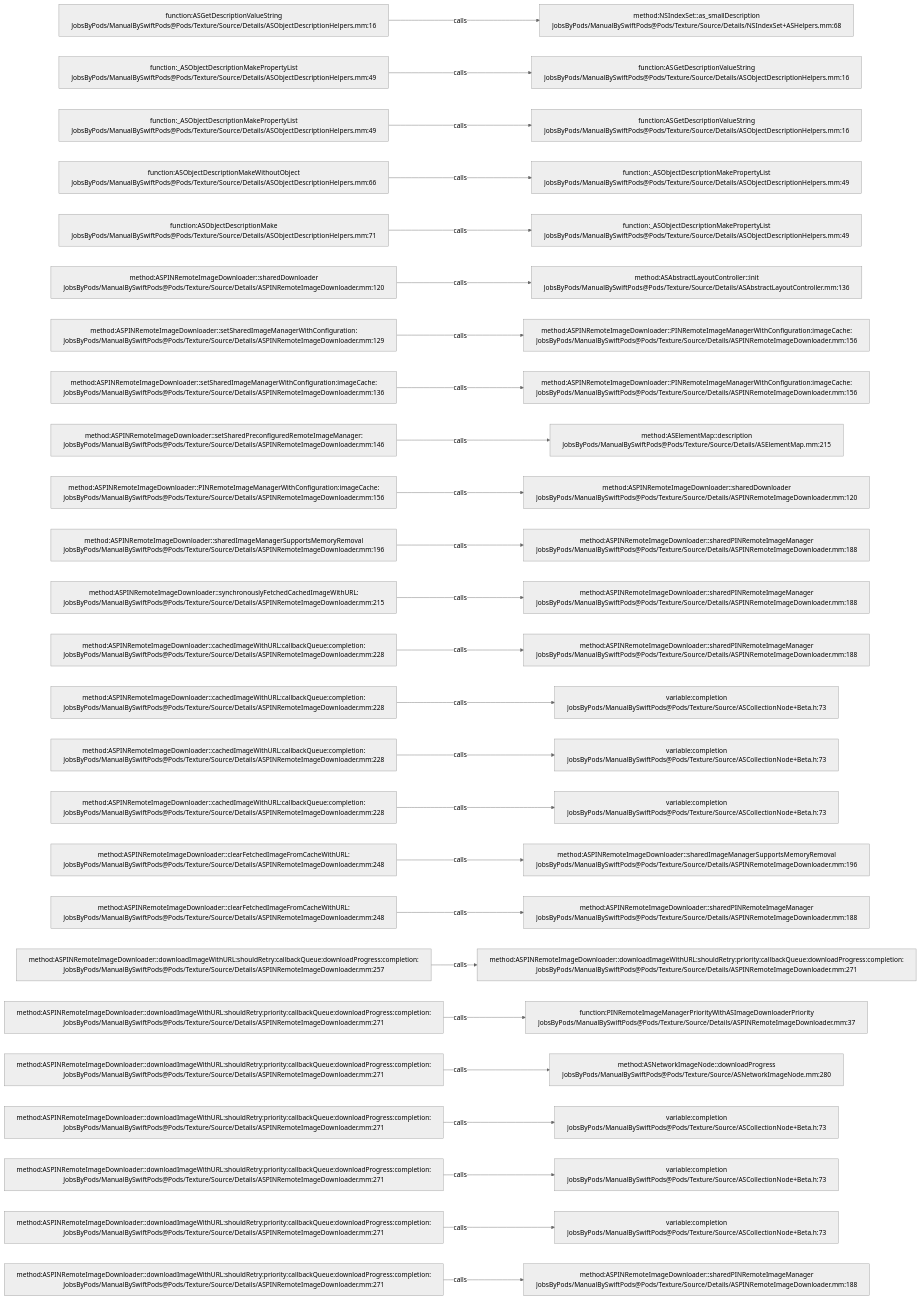
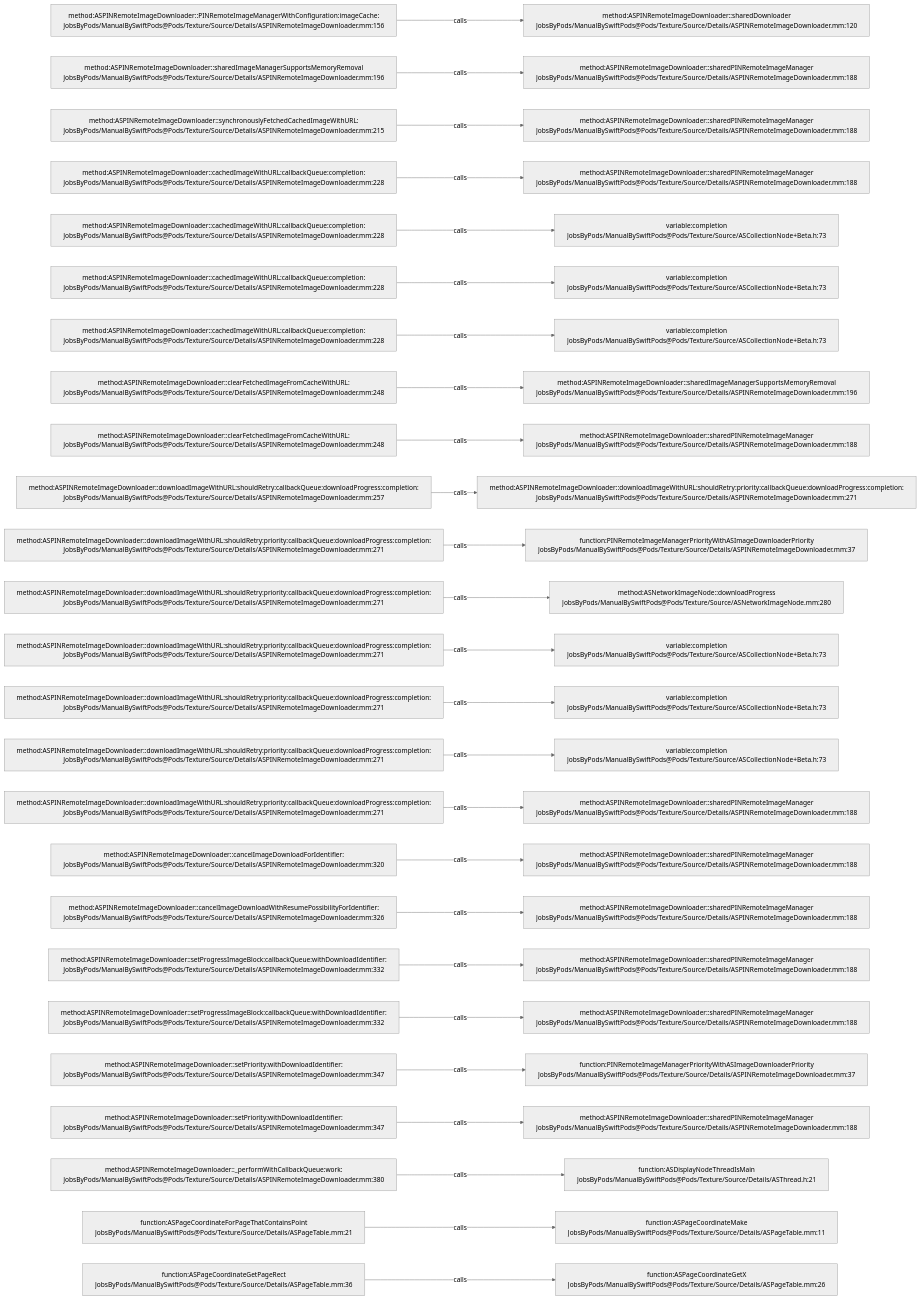
The diagram in .codegraph/codegraph.md/graphs/calls-092.md (JobsKits/JobsSwiftBaseConfigDemo), drawn with Mermaid (neutral theme) before and after one commit. The commit also changed 707 other files, not shown here.

````diff
--- a/.codegraph/codegraph.md/graphs/calls-092.md
+++ b/.codegraph/codegraph.md/graphs/calls-092.md
@@ -13,78 +13,78 @@
 ```mermaid
 flowchart LR
-  S1["function:ASGetDescriptionValueString<br/>JobsByPods/ManualBySwiftPods@Pods/Texture/Source/Details/ASObjectDescriptionHelpers.mm:16"]
-  T1["method:NSIndexSet::as_smallDescription<br/>JobsByPods/ManualBySwiftPods@Pods/Texture/Source/Details/NSIndexSet+ASHelpers.mm:68"]
+  S1["method:ASPINRemoteImageDownloader::PINRemoteImageManagerWithConfiguration:imageCache:<br/>JobsByPods/ManualBySwiftPods@Pods/Texture/Source/Details/ASPINRemoteImageDownloader.mm:156"]
+  T1["method:ASPINRemoteImageDownloader::sharedDownloader<br/>JobsByPods/ManualBySwiftPods@Pods/Texture/Source/Details/ASPINRemoteImageDownloader.mm:120"]
   S1 -->|calls| T1
-  S2["function:_ASObjectDescriptionMakePropertyList<br/>JobsByPods/ManualBySwiftPods@Pods/Texture/Source/Details/ASObjectDescriptionHelpers.mm:49"]
-  T2["function:ASGetDescriptionValueString<br/>JobsByPods/ManualBySwiftPods@Pods/Texture/Source/Details/ASObjectDescriptionHelpers.mm:16"]
+  S2["method:ASPINRemoteImageDownloader::sharedImageManagerSupportsMemoryRemoval<br/>JobsByPods/ManualBySwiftPods@Pods/Texture/Source/Details/ASPINRemoteImageDownloader.mm:196"]
+  T2["method:ASPINRemoteImageDownloader::sharedPINRemoteImageManager<br/>JobsByPods/ManualBySwiftPods@Pods/Texture/Source/Details/ASPINRemoteImageDownloader.mm:188"]
   S2 -->|calls| T2
-  S3["function:_ASObjectDescriptionMakePropertyList<br/>JobsByPods/ManualBySwiftPods@Pods/Texture/Source/Details/ASObjectDescriptionHelpers.mm:49"]
-  T3["function:ASGetDescriptionValueString<br/>JobsByPods/ManualBySwiftPods@Pods/Texture/Source/Details/ASObjectDescriptionHelpers.mm:16"]
+  S3["method:ASPINRemoteImageDownloader::synchronouslyFetchedCachedImageWithURL:<br/>JobsByPods/ManualBySwiftPods@Pods/Texture/Source/Details/ASPINRemoteImageDownloader.mm:215"]
+  T3["method:ASPINRemoteImageDownloader::sharedPINRemoteImageManager<br/>JobsByPods/ManualBySwiftPods@Pods/Texture/Source/Details/ASPINRemoteImageDownloader.mm:188"]
   S3 -->|calls| T3
-  S4["function:ASObjectDescriptionMakeWithoutObject<br/>JobsByPods/ManualBySwiftPods@Pods/Texture/Source/Details/ASObjectDescriptionHelpers.mm:66"]
-  T4["function:_ASObjectDescriptionMakePropertyList<br/>JobsByPods/ManualBySwiftPods@Pods/Texture/Source/Details/ASObjectDescriptionHelpers.mm:49"]
+  S4["method:ASPINRemoteImageDownloader::cachedImageWithURL:callbackQueue:completion:<br/>JobsByPods/ManualBySwiftPods@Pods/Texture/Source/Details/ASPINRemoteImageDownloader.mm:228"]
+  T4["method:ASPINRemoteImageDownloader::sharedPINRemoteImageManager<br/>JobsByPods/ManualBySwiftPods@Pods/Texture/Source/Details/ASPINRemoteImageDownloader.mm:188"]
   S4 -->|calls| T4
-  S5["function:ASObjectDescriptionMake<br/>JobsByPods/ManualBySwiftPods@Pods/Texture/Source/Details/ASObjectDescriptionHelpers.mm:71"]
-  T5["function:_ASObjectDescriptionMakePropertyList<br/>JobsByPods/ManualBySwiftPods@Pods/Texture/Source/Details/ASObjectDescriptionHelpers.mm:49"]
+  S5["method:ASPINRemoteImageDownloader::cachedImageWithURL:callbackQueue:completion:<br/>JobsByPods/ManualBySwiftPods@Pods/Texture/Source/Details/ASPINRemoteImageDownloader.mm:228"]
+  T5["variable:completion<br/>JobsByPods/ManualBySwiftPods@Pods/Texture/Source/ASCollectionNode+Beta.h:73"]
   S5 -->|calls| T5
-  S6["method:ASPINRemoteImageDownloader::sharedDownloader<br/>JobsByPods/ManualBySwiftPods@Pods/Texture/Source/Details/ASPINRemoteImageDownloader.mm:120"]
-  T6["method:ASAbstractLayoutController::init<br/>JobsByPods/ManualBySwiftPods@Pods/Texture/Source/Details/ASAbstractLayoutController.mm:136"]
+  S6["method:ASPINRemoteImageDownloader::cachedImageWithURL:callbackQueue:completion:<br/>JobsByPods/ManualBySwiftPods@Pods/Texture/Source/Details/ASPINRemoteImageDownloader.mm:228"]
+  T6["variable:completion<br/>JobsByPods/ManualBySwiftPods@Pods/Texture/Source/ASCollectionNode+Beta.h:73"]
   S6 -->|calls| T6
-  S7["method:ASPINRemoteImageDownloader::setSharedImageManagerWithConfiguration:<br/>JobsByPods/ManualBySwiftPods@Pods/Texture/Source/Details/ASPINRemoteImageDownloader.mm:129"]
-  T7["method:ASPINRemoteImageDownloader::PINRemoteImageManagerWithConfiguration:imageCache:<br/>JobsByPods/ManualBySwiftPods@Pods/Texture/Source/Details/ASPINRemoteImageDownloader.mm:156"]
+  S7["method:ASPINRemoteImageDownloader::cachedImageWithURL:callbackQueue:completion:<br/>JobsByPods/ManualBySwiftPods@Pods/Texture/Source/Details/ASPINRemoteImageDownloader.mm:228"]
+  T7["variable:completion<br/>JobsByPods/ManualBySwiftPods@Pods/Texture/Source/ASCollectionNode+Beta.h:73"]
   S7 -->|calls| T7
-  S8["method:ASPINRemoteImageDownloader::setSharedImageManagerWithConfiguration:imageCache:<br/>JobsByPods/ManualBySwiftPods@Pods/Texture/Source/Details/ASPINRemoteImageDownloader.mm:136"]
-  T8["method:ASPINRemoteImageDownloader::PINRemoteImageManagerWithConfiguration:imageCache:<br/>JobsByPods/ManualBySwiftPods@Pods/Texture/Source/Details/ASPINRemoteImageDownloader.mm:156"]
+  S8["method:ASPINRemoteImageDownloader::clearFetchedImageFromCacheWithURL:<br/>JobsByPods/ManualBySwiftPods@Pods/Texture/Source/Details/ASPINRemoteImageDownloader.mm:248"]
+  T8["method:ASPINRemoteImageDownloader::sharedImageManagerSupportsMemoryRemoval<br/>JobsByPods/ManualBySwiftPods@Pods/Texture/Source/Details/ASPINRemoteImageDownloader.mm:196"]
   S8 -->|calls| T8
-  S9["method:ASPINRemoteImageDownloader::setSharedPreconfiguredRemoteImageManager:<br/>JobsByPods/ManualBySwiftPods@Pods/Texture/Source/Details/ASPINRemoteImageDownloader.mm:146"]
-  T9["method:ASElementMap::description<br/>JobsByPods/ManualBySwiftPods@Pods/Texture/Source/Details/ASElementMap.mm:215"]
+  S9["method:ASPINRemoteImageDownloader::clearFetchedImageFromCacheWithURL:<br/>JobsByPods/ManualBySwiftPods@Pods/Texture/Source/Details/ASPINRemoteImageDownloader.mm:248"]
+  T9["method:ASPINRemoteImageDownloader::sharedPINRemoteImageManager<br/>JobsByPods/ManualBySwiftPods@Pods/Texture/Source/Details/ASPINRemoteImageDownloader.mm:188"]
   S9 -->|calls| T9
-  S10["method:ASPINRemoteImageDownloader::PINRemoteImageManagerWithConfiguration:imageCache:<br/>JobsByPods/ManualBySwiftPods@Pods/Texture/Source/Details/ASPINRemoteImageDownloader.mm:156"]
-  T10["method:ASPINRemoteImageDownloader::sharedDownloader<br/>JobsByPods/ManualBySwiftPods@Pods/Texture/Source/Details/ASPINRemoteImageDownloader.mm:120"]
+  S10["method:ASPINRemoteImageDownloader::downloadImageWithURL:shouldRetry:callbackQueue:downloadProgress:completion:<br/>JobsByPods/ManualBySwiftPods@Pods/Texture/Source/Details/ASPINRemoteImageDownloader.mm:257"]
+  T10["method:ASPINRemoteImageDownloader::downloadImageWithURL:shouldRetry:priority:callbackQueue:downloadProgress:completion:<br/>JobsByPods/ManualBySwiftPods@Pods/Texture/Source/Details/ASPINRemoteImageDownloader.mm:271"]
   S10 -->|calls| T10
-  S11["method:ASPINRemoteImageDownloader::sharedImageManagerSupportsMemoryRemoval<br/>JobsByPods/ManualBySwiftPods@Pods/Texture/Source/Details/ASPINRemoteImageDownloader.mm:196"]
-  T11["method:ASPINRemoteImageDownloader::sharedPINRemoteImageManager<br/>JobsByPods/ManualBySwiftPods@Pods/Texture/Source/Details/ASPINRemoteImageDownloader.mm:188"]
+  S11["method:ASPINRemoteImageDownloader::downloadImageWithURL:shouldRetry:priority:callbackQueue:downloadProgress:completion:<br/>JobsByPods/ManualBySwiftPods@Pods/Texture/Source/Details/ASPINRemoteImageDownloader.mm:271"]
+  T11["function:PINRemoteImageManagerPriorityWithASImageDownloaderPriority<br/>JobsByPods/ManualBySwiftPods@Pods/Texture/Source/Details/ASPINRemoteImageDownloader.mm:37"]
   S11 -->|calls| T11
-  S12["method:ASPINRemoteImageDownloader::synchronouslyFetchedCachedImageWithURL:<br/>JobsByPods/ManualBySwiftPods@Pods/Texture/Source/Details/ASPINRemoteImageDownloader.mm:215"]
-  T12["method:ASPINRemoteImageDownloader::sharedPINRemoteImageManager<br/>JobsByPods/ManualBySwiftPods@Pods/Texture/Source/Details/ASPINRemoteImageDownloader.mm:188"]
+  S12["method:ASPINRemoteImageDownloader::downloadImageWithURL:shouldRetry:priority:callbackQueue:downloadProgress:completion:<br/>JobsByPods/ManualBySwiftPods@Pods/Texture/Source/Details/ASPINRemoteImageDownloader.mm:271"]
+  T12["method:ASNetworkImageNode::downloadProgress<br/>JobsByPods/ManualBySwiftPods@Pods/Texture/Source/ASNetworkImageNode.mm:280"]
   S12 -->|calls| T12
-  S13["method:ASPINRemoteImageDownloader::cachedImageWithURL:callbackQueue:completion:<br/>JobsByPods/ManualBySwiftPods@Pods/Texture/Source/Details/ASPINRemoteImageDownloader.mm:228"]
-  T13["method:ASPINRemoteImageDownloader::sharedPINRemoteImageManager<br/>JobsByPods/ManualBySwiftPods@Pods/Texture/Source/Details/ASPINRemoteImageDownloader.mm:188"]
+  S13["method:ASPINRemoteImageDownloader::downloadImageWithURL:shouldRetry:priority:callbackQueue:downloadProgress:completion:<br/>JobsByPods/ManualBySwiftPods@Pods/Texture/Source/Details/ASPINRemoteImageDownloader.mm:271"]
+  T13["variable:completion<br/>JobsByPods/ManualBySwiftPods@Pods/Texture/Source/ASCollectionNode+Beta.h:73"]
   S13 -->|calls| T13
-  S14["method:ASPINRemoteImageDownloader::cachedImageWithURL:callbackQueue:completion:<br/>JobsByPods/ManualBySwiftPods@Pods/Texture/Source/Details/ASPINRemoteImageDownloader.mm:228"]
+  S14["method:ASPINRemoteImageDownloader::downloadImageWithURL:shouldRetry:priority:callbackQueue:downloadProgress:completion:<br/>JobsByPods/ManualBySwiftPods@Pods/Texture/Source/Details/ASPINRemoteImageDownloader.mm:271"]
   T14["variable:completion<br/>JobsByPods/ManualBySwiftPods@Pods/Texture/Source/ASCollectionNode+Beta.h:73"]
   S14 -->|calls| T14
-  S15["method:ASPINRemoteImageDownloader::cachedImageWithURL:callbackQueue:completion:<br/>JobsByPods/ManualBySwiftPods@Pods/Texture/Source/Details/ASPINRemoteImageDownloader.mm:228"]
+  S15["method:ASPINRemoteImageDownloader::downloadImageWithURL:shouldRetry:priority:callbackQueue:downloadProgress:completion:<br/>JobsByPods/ManualBySwiftPods@Pods/Texture/Source/Details/ASPINRemoteImageDownloader.mm:271"]
   T15["variable:completion<br/>JobsByPods/ManualBySwiftPods@Pods/Texture/Source/ASCollectionNode+Beta.h:73"]
   S15 -->|calls| T15
-  S16["method:ASPINRemoteImageDownloader::cachedImageWithURL:callbackQueue:completion:<br/>JobsByPods/ManualBySwiftPods@Pods/Texture/Source/Details/ASPINRemoteImageDownloader.mm:228"]
-  T16["variable:completion<br/>JobsByPods/ManualBySwiftPods@Pods/Texture/Source/ASCollectionNode+Beta.h:73"]
+  S16["method:ASPINRemoteImageDownloader::downloadImageWithURL:shouldRetry:priority:callbackQueue:downloadProgress:completion:<br/>JobsByPods/ManualBySwiftPods@Pods/Texture/Source/Details/ASPINRemoteImageDownloader.mm:271"]
+  T16["method:ASPINRemoteImageDownloader::sharedPINRemoteImageManager<br/>JobsByPods/ManualBySwiftPods@Pods/Texture/Source/Details/ASPINRemoteImageDownloader.mm:188"]
   S16 -->|calls| T16
-  S17["method:ASPINRemoteImageDownloader::clearFetchedImageFromCacheWithURL:<br/>JobsByPods/ManualBySwiftPods@Pods/Texture/Source/Details/ASPINRemoteImageDownloader.mm:248"]
-  T17["method:ASPINRemoteImageDownloader::sharedImageManagerSupportsMemoryRemoval<br/>JobsByPods/ManualBySwiftPods@Pods/Texture/Source/Details/ASPINRemoteImageDownloader.mm:196"]
+  S17["method:ASPINRemoteImageDownloader::cancelImageDownloadForIdentifier:<br/>JobsByPods/ManualBySwiftPods@Pods/Texture/Source/Details/ASPINRemoteImageDownloader.mm:320"]
+  T17["method:ASPINRemoteImageDownloader::sharedPINRemoteImageManager<br/>JobsByPods/ManualBySwiftPods@Pods/Texture/Source/Details/ASPINRemoteImageDownloader.mm:188"]
   S17 -->|calls| T17
-  S18["method:ASPINRemoteImageDownloader::clearFetchedImageFromCacheWithURL:<br/>JobsByPods/ManualBySwiftPods@Pods/Texture/Source/Details/ASPINRemoteImageDownloader.mm:248"]
+  S18["method:ASPINRemoteImageDownloader::cancelImageDownloadWithResumePossibilityForIdentifier:<br/>JobsByPods/ManualBySwiftPods@Pods/Texture/Source/Details/ASPINRemoteImageDownloader.mm:326"]
   T18["method:ASPINRemoteImageDownloader::sharedPINRemoteImageManager<br/>JobsByPods/ManualBySwiftPods@Pods/Texture/Source/Details/ASPINRemoteImageDownloader.mm:188"]
   S18 -->|calls| T18
-  S19["method:ASPINRemoteImageDownloader::downloadImageWithURL:shouldRetry:callbackQueue:downloadProgress:completion:<br/>JobsByPods/ManualBySwiftPods@Pods/Texture/Source/Details/ASPINRemoteImageDownloader.mm:257"]
-  T19["method:ASPINRemoteImageDownloader::downloadImageWithURL:shouldRetry:priority:callbackQueue:downloadProgress:completion:<br/>JobsByPods/ManualBySwiftPods@Pods/Texture/Source/Details/ASPINRemoteImageDownloader.mm:271"]
+  S19["method:ASPINRemoteImageDownloader::setProgressImageBlock:callbackQueue:withDownloadIdentifier:<br/>JobsByPods/ManualBySwiftPods@Pods/Texture/Source/Details/ASPINRemoteImageDownloader.mm:332"]
+  T19["method:ASPINRemoteImageDownloader::sharedPINRemoteImageManager<br/>JobsByPods/ManualBySwiftPods@Pods/Texture/Source/Details/ASPINRemoteImageDownloader.mm:188"]
   S19 -->|calls| T19
-  S20["method:ASPINRemoteImageDownloader::downloadImageWithURL:shouldRetry:priority:callbackQueue:downloadProgress:completion:<br/>JobsByPods/ManualBySwiftPods@Pods/Texture/Source/Details/ASPINRemoteImageDownloader.mm:271"]
-  T20["function:PINRemoteImageManagerPriorityWithASImageDownloaderPriority<br/>JobsByPods/ManualBySwiftPods@Pods/Texture/Source/Details/ASPINRemoteImageDownloader.mm:37"]
+  S20["method:ASPINRemoteImageDownloader::setProgressImageBlock:callbackQueue:withDownloadIdentifier:<br/>JobsByPods/ManualBySwiftPods@Pods/Texture/Source/Details/ASPINRemoteImageDownloader.mm:332"]
+  T20["method:ASPINRemoteImageDownloader::sharedPINRemoteImageManager<br/>JobsByPods/ManualBySwiftPods@Pods/Texture/Source/Details/ASPINRemoteImageDownloader.mm:188"]
   S20 -->|calls| T20
-  S21["method:ASPINRemoteImageDownloader::downloadImageWithURL:shouldRetry:priority:callbackQueue:downloadProgress:completion:<br/>JobsByPods/ManualBySwiftPods@Pods/Texture/Source/Details/ASPINRemoteImageDownloader.mm:271"]
-  T21["method:ASNetworkImageNode::downloadProgress<br/>JobsByPods/ManualBySwiftPods@Pods/Texture/Source/ASNetworkImageNode.mm:280"]
+  S21["method:ASPINRemoteImageDownloader::setPriority:withDownloadIdentifier:<br/>JobsByPods/ManualBySwiftPods@Pods/Texture/Source/Details/ASPINRemoteImageDownloader.mm:347"]
+  T21["function:PINRemoteImageManagerPriorityWithASImageDownloaderPriority<br/>JobsByPods/ManualBySwiftPods@Pods/Texture/Source/Details/ASPINRemoteImageDownloader.mm:37"]
   S21 -->|calls| T21
-  S22["method:ASPINRemoteImageDownloader::downloadImageWithURL:shouldRetry:priority:callbackQueue:downloadProgress:completion:<br/>JobsByPods/ManualBySwiftPods@Pods/Texture/Source/Details/ASPINRemoteImageDownloader.mm:271"]
-  T22["variable:completion<br/>JobsByPods/ManualBySwiftPods@Pods/Texture/Source/ASCollectionNode+Beta.h:73"]
+  S22["method:ASPINRemoteImageDownloader::setPriority:withDownloadIdentifier:<br/>JobsByPods/ManualBySwiftPods@Pods/Texture/Source/Details/ASPINRemoteImageDownloader.mm:347"]
+  T22["method:ASPINRemoteImageDownloader::sharedPINRemoteImageManager<br/>JobsByPods/ManualBySwiftPods@Pods/Texture/Source/Details/ASPINRemoteImageDownloader.mm:188"]
   S22 -->|calls| T22
-  S23["method:ASPINRemoteImageDownloader::downloadImageWithURL:shouldRetry:priority:callbackQueue:downloadProgress:completion:<br/>JobsByPods/ManualBySwiftPods@Pods/Texture/Source/Details/ASPINRemoteImageDownloader.mm:271"]
-  T23["variable:completion<br/>JobsByPods/ManualBySwiftPods@Pods/Texture/Source/ASCollectionNode+Beta.h:73"]
+  S23["method:ASPINRemoteImageDownloader::_performWithCallbackQueue:work:<br/>JobsByPods/ManualBySwiftPods@Pods/Texture/Source/Details/ASPINRemoteImageDownloader.mm:380"]
+  T23["function:ASDisplayNodeThreadIsMain<br/>JobsByPods/ManualBySwiftPods@Pods/Texture/Source/Details/ASThread.h:21"]
   S23 -->|calls| T23
-  S24["method:ASPINRemoteImageDownloader::downloadImageWithURL:shouldRetry:priority:callbackQueue:downloadProgress:completion:<br/>JobsByPods/ManualBySwiftPods@Pods/Texture/Source/Details/ASPINRemoteImageDownloader.mm:271"]
-  T24["variable:completion<br/>JobsByPods/ManualBySwiftPods@Pods/Texture/Source/ASCollectionNode+Beta.h:73"]
+  S24["function:ASPageCoordinateForPageThatContainsPoint<br/>JobsByPods/ManualBySwiftPods@Pods/Texture/Source/Details/ASPageTable.mm:21"]
+  T24["function:ASPageCoordinateMake<br/>JobsByPods/ManualBySwiftPods@Pods/Texture/Source/Details/ASPageTable.mm:11"]
   S24 -->|calls| T24
-  S25["method:ASPINRemoteImageDownloader::downloadImageWithURL:shouldRetry:priority:callbackQueue:downloadProgress:completion:<br/>JobsByPods/ManualBySwiftPods@Pods/Texture/Source/Details/ASPINRemoteImageDownloader.mm:271"]
-  T25["method:ASPINRemoteImageDownloader::sharedPINRemoteImageManager<br/>JobsByPods/ManualBySwiftPods@Pods/Texture/Source/Details/ASPINRemoteImageDownloader.mm:188"]
+  S25["function:ASPageCoordinateGetPageRect<br/>JobsByPods/ManualBySwiftPods@Pods/Texture/Source/Details/ASPageTable.mm:36"]
+  T25["function:ASPageCoordinateGetX<br/>JobsByPods/ManualBySwiftPods@Pods/Texture/Source/Details/ASPageTable.mm:26"]
   S25 -->|calls| T25
 ```
````
